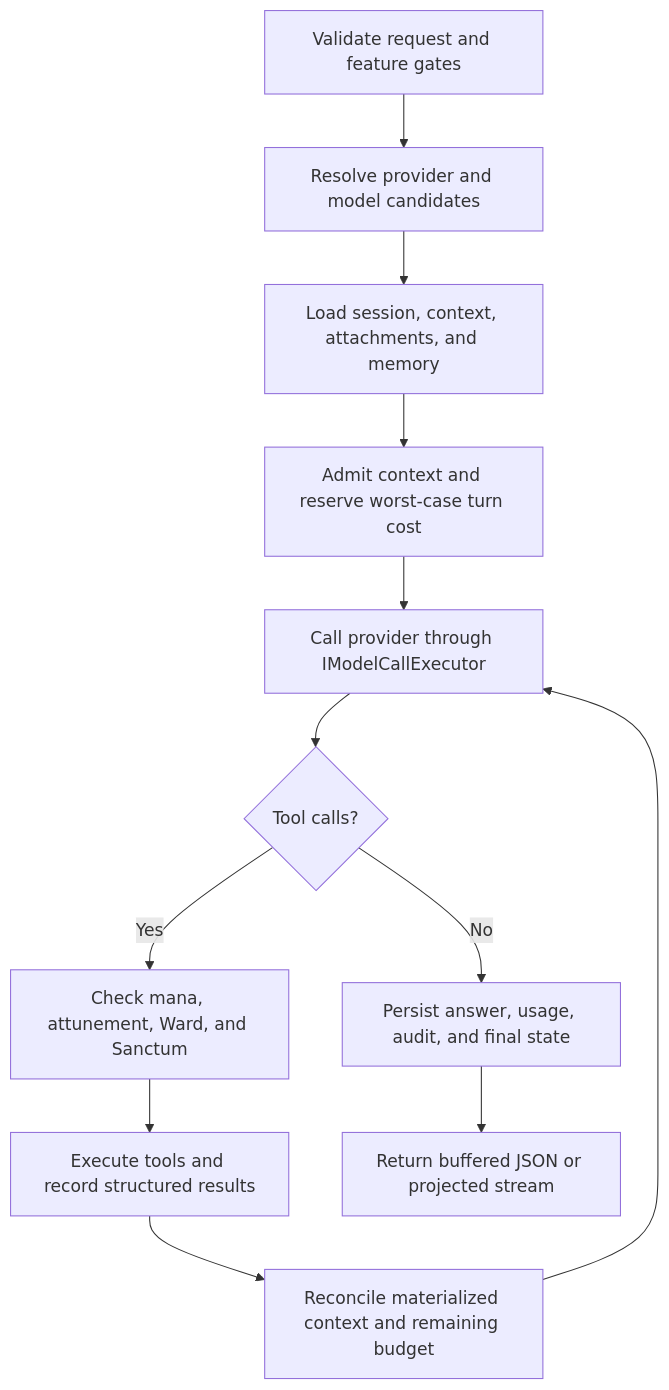
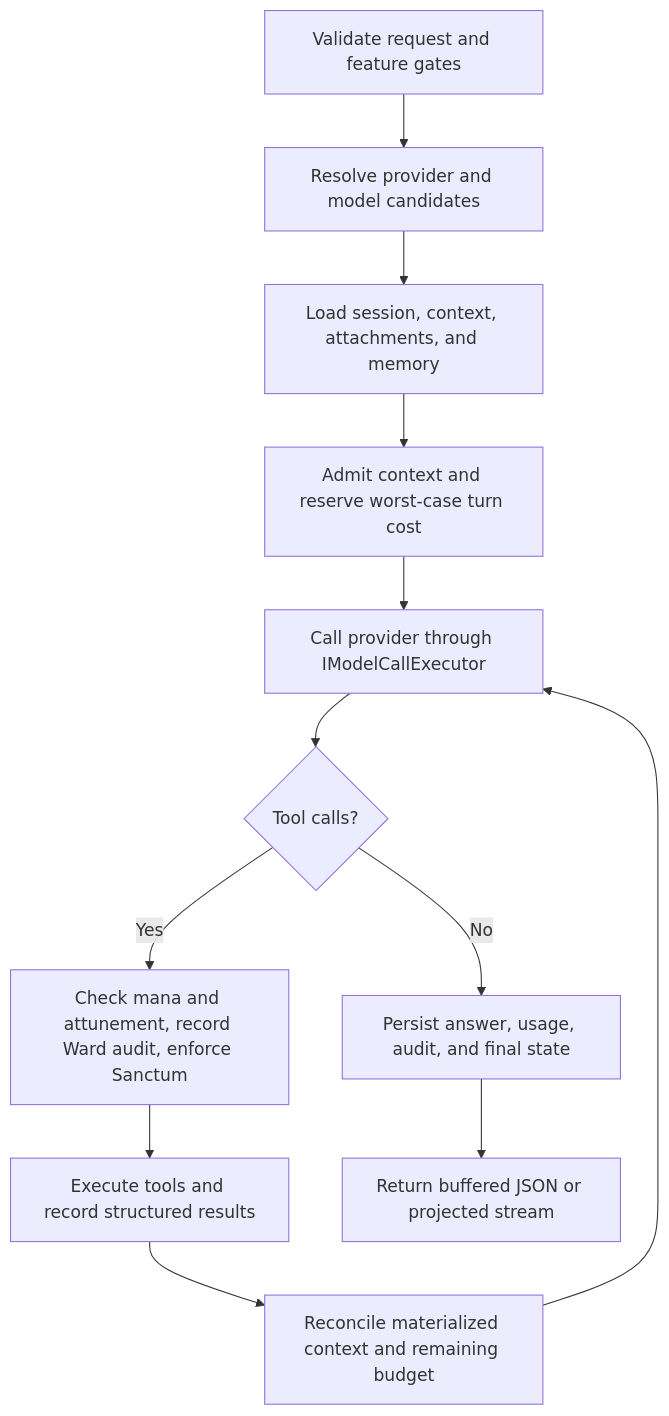
One commit to Retro-Downfall/RetroDownfall.Arcanum changed the second of 2 diagrams in docs/Arcanum.Design.Human.md. Above: the diagram before and after it, drawn with Mermaid. The commit also changed other lines of this file and 80 other files, not shown here.

````diff
--- a/docs/Arcanum.Design.Human.md
+++ b/docs/Arcanum.Design.Human.md
@@ -99,14 +99,14 @@
 ```mermaid
 flowchart TD
     A["Validate request and feature gates"] --> B["Resolve provider and model candidates"]
     B --> C["Load session, context, attachments, and memory"]
     C --> D["Admit context and reserve worst-case turn cost"]
     D --> E["Call provider through IModelCallExecutor"]
     E --> F{"Tool calls?"}
-    F -- Yes --> G["Check mana, attunement, Ward, and Sanctum"]
+    F -- Yes --> G["Check mana and attunement, record Ward audit, enforce Sanctum"]
     G --> H["Execute tools and record structured results"]
     H --> I["Reconcile materialized context and remaining budget"]
     I --> E
     F -- No --> J["Persist answer, usage, audit, and final state"]
     J --> K["Return buffered JSON or projected stream"]
 ```
````
